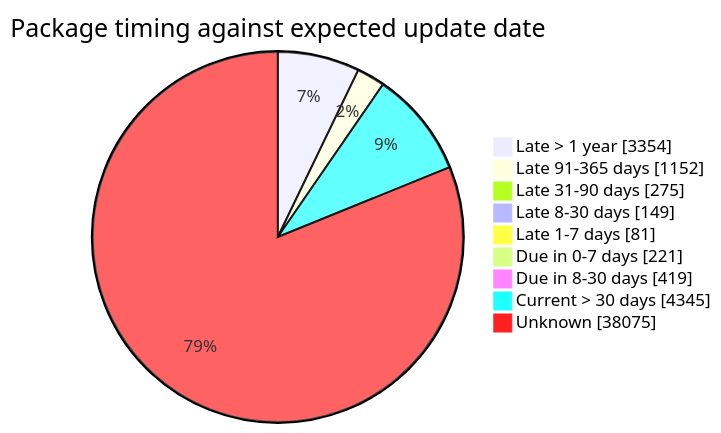
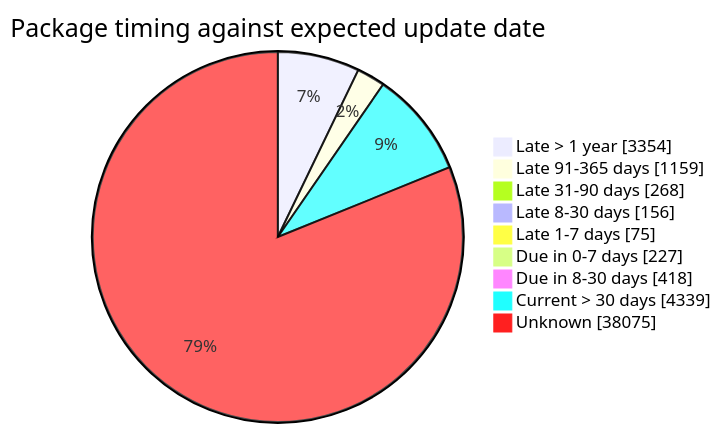
One commit to open-data/analytics-corporate-reporting changed the fourth of 5 diagrams in FreshCheck/README.md. Above: the diagram before and after it, drawn with Mermaid. The commit also changed other lines of this file and 3 other files, not shown here.

````diff
--- a/FreshCheck/README.md
+++ b/FreshCheck/README.md
@@ -86,12 +86,12 @@
 ```mermaid
 pie showData title Package timing against expected update date
     "Late > 1 year": 3354
-    "Late 91-365 days": 1152
-    "Late 31-90 days": 275
-    "Late 8-30 days": 149
-    "Late 1-7 days": 81
-    "Due in 0-7 days": 221
-    "Due in 8-30 days": 419
-    "Current > 30 days": 4345
+    "Late 91-365 days": 1159
+    "Late 31-90 days": 268
+    "Late 8-30 days": 156
+    "Late 1-7 days": 75
+    "Due in 0-7 days": 227
+    "Due in 8-30 days": 418
+    "Current > 30 days": 4339
     "Unknown": 38075
 ```
````
